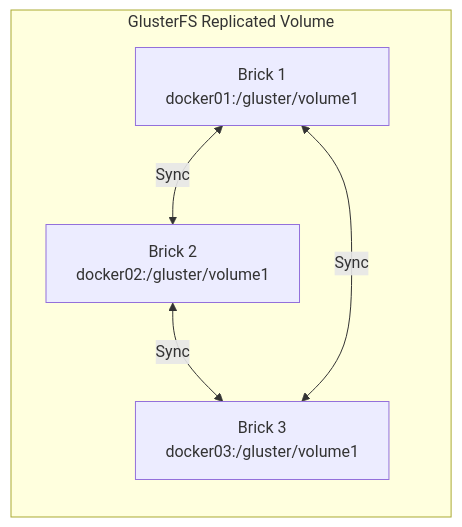
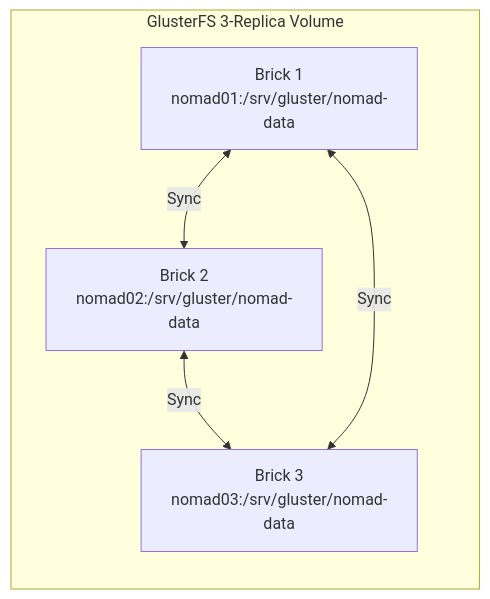
One commit to jknyght9/proxmox-lab changed the fourth of 6 diagrams in docs/architecture/service-relationships.md. Above: the diagram before and after it, drawn with Mermaid. The commit also changed other lines of this file and 33 other files, not shown here.

First line of the commit message:
Rewrite documentation to reflect current Nomad-based architecture

````diff
--- a/docs/architecture/service-relationships.md
+++ b/docs/architecture/service-relationships.md
@@ -147,12 +209,12 @@
 ```mermaid
 graph LR
-    subgraph gluster["GlusterFS Replicated Volume"]
-        B1[Brick 1<br/>docker01:/gluster/volume1]
-        B2[Brick 2<br/>docker02:/gluster/volume1]
-        B3[Brick 3<br/>docker03:/gluster/volume1]
+    subgraph gluster["GlusterFS 3-Replica Volume"]
+        B1["Brick 1<br/>nomad01:/srv/gluster/nomad-data"]
+        B2["Brick 2<br/>nomad02:/srv/gluster/nomad-data"]
+        B3["Brick 3<br/>nomad03:/srv/gluster/nomad-data"]
 
         B1 <-->|Sync| B2
         B2 <-->|Sync| B3
         B3 <-->|Sync| B1
     end
 ```
````
